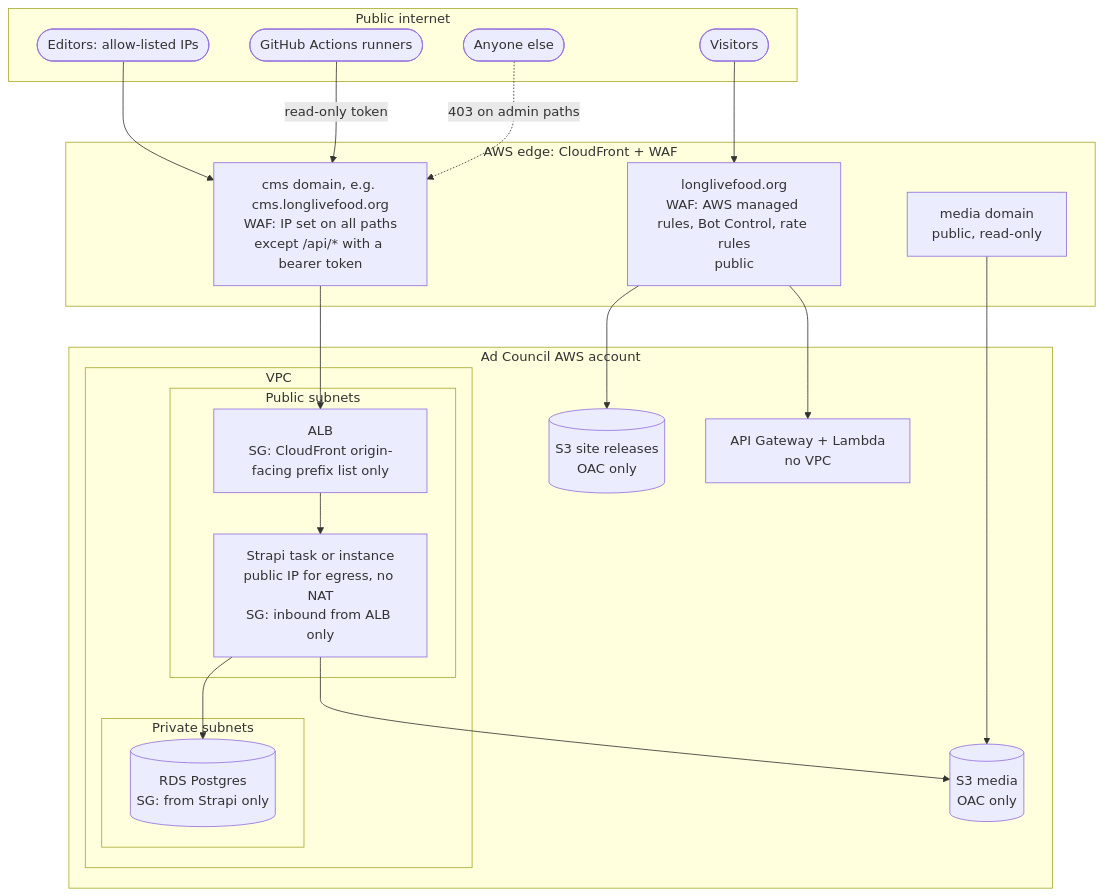
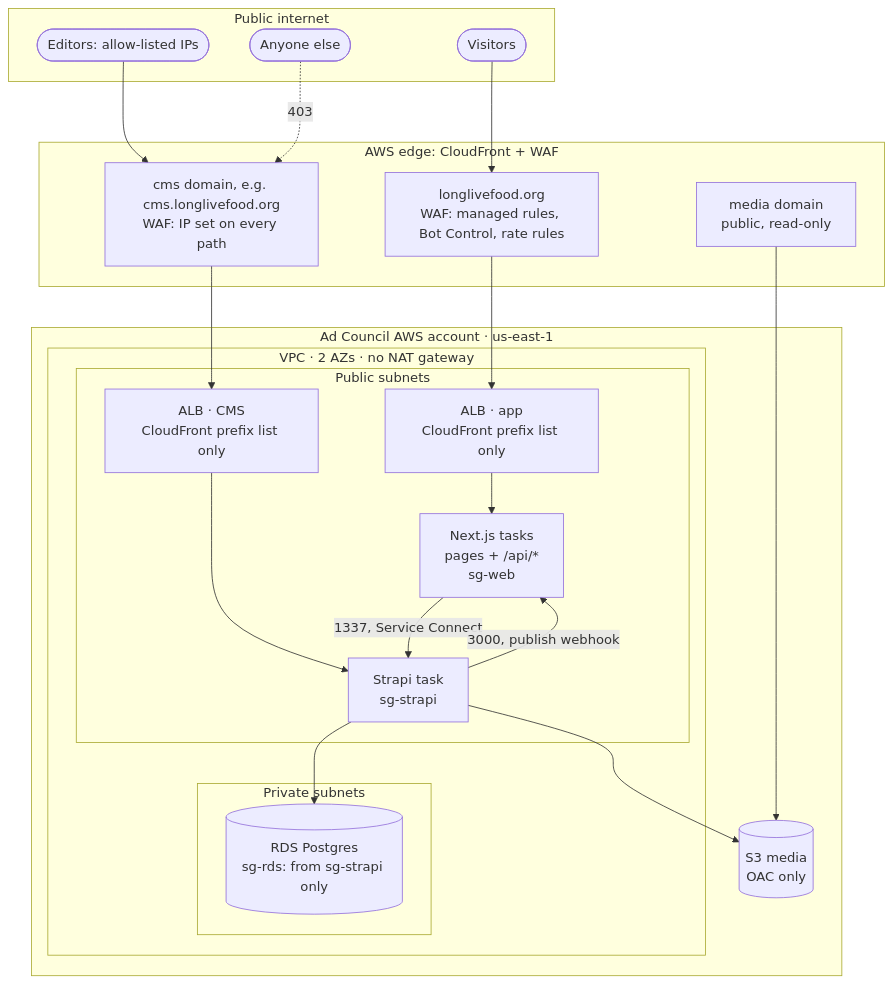
One commit to hancock01919sh/llf changed the third of 6 diagrams in docs/TDD.md. Above: the diagram before and after it, drawn with Mermaid. The commit also changed other lines of this file and 6 other files, not shown here.

First line of the commit message:
docs: containers on ECS Fargate, server-rendered Next.js, no Lambda (D36)

````diff
--- a/docs/TDD.md
+++ b/docs/TDD.md
@@ -323,37 +324,35 @@
 ```mermaid
 flowchart TB
   subgraph internet[Public internet]
     v([Visitors])
     ed([Editors: allow-listed IPs])
-    gha([GitHub Actions runners])
     other([Anyone else])
   end
   subgraph edge[AWS edge: CloudFront + WAF]
-    site[longlivefood.org<br/>WAF: AWS managed rules, Bot Control, rate rules<br/>public]
-    cmsd[cms domain, e.g. cms.longlivefood.org<br/>WAF: IP set on all paths<br/>except /api/* with a bearer token]
+    site[longlivefood.org<br/>WAF: managed rules, Bot Control, rate rules]
+    cmsd[cms domain, e.g. cms.longlivefood.org<br/>WAF: IP set on every path]
     media[media domain<br/>public, read-only]
   end
-  subgraph acct[Ad Council AWS account]
-    s3w[(S3 site releases<br/>OAC only)]
-    api[API Gateway + Lambda<br/>no VPC]
+  subgraph acct[Ad Council AWS account · us-east-1]
     s3m[(S3 media<br/>OAC only)]
-    subgraph vpc[VPC]
+    subgraph vpc[VPC · 2 AZs · no NAT gateway]
       subgraph pub[Public subnets]
-        alb[ALB<br/>SG: CloudFront origin-facing prefix list only]
-        app[Strapi task or instance<br/>public IP for egress, no NAT<br/>SG: inbound from ALB only]
+        albapp[ALB · app<br/>CloudFront prefix list only]
+        albcms[ALB · CMS<br/>CloudFront prefix list only]
+        web[Next.js tasks<br/>pages + /api/*<br/>sg-web]
+        strapi[Strapi task<br/>sg-strapi]
       end
       subgraph priv[Private subnets]
-        rds[(RDS Postgres<br/>SG: from Strapi only)]
+        rds[(RDS Postgres<br/>sg-rds: from sg-strapi only)]
       end
     end
   end
-  v --> site
-  ed --> cmsd
-  gha -->|read-only token| cmsd
-  other -.->|403 on admin paths| cmsd
-  site --> s3w
-  site --> api
-  cmsd --> alb --> app --> rds
-  app --> s3m
+  v --> site --> albapp
+  albapp --> web
+  ed --> cmsd --> albcms --> strapi --> rds
+  other -.->|403| cmsd
+  web -->|1337, Service Connect| strapi
+  strapi -->|3000, publish webhook| web
+  strapi --> s3m
   media --> s3m
 ```
````
